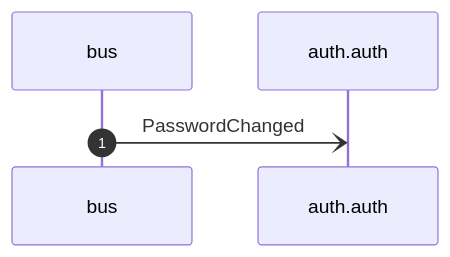
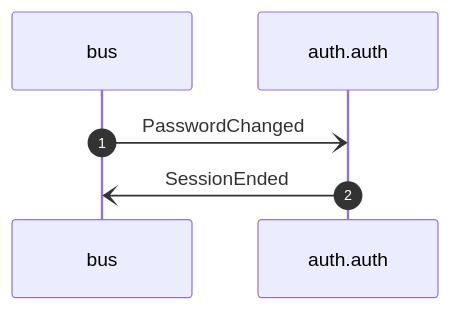
One commit to shortlink-org/portolan changed the diagram in exports/mermaid/example/auth-revoke-sessions-on-password-change.mmd. Above: the diagram before and after it, drawn with Mermaid. The commit also changed 71 other files, not shown here.

```diff
--- a/exports/mermaid/example/auth-revoke-sessions-on-password-change.mmd
+++ b/exports/mermaid/example/auth-revoke-sessions-on-password-change.mmd
@@ -1,5 +1,6 @@
 sequenceDiagram
     autonumber
     participant p0 as bus
     participant p1 as auth.auth
     p0-)p1: PasswordChanged
+    p1-)p0: SessionEnded
```
